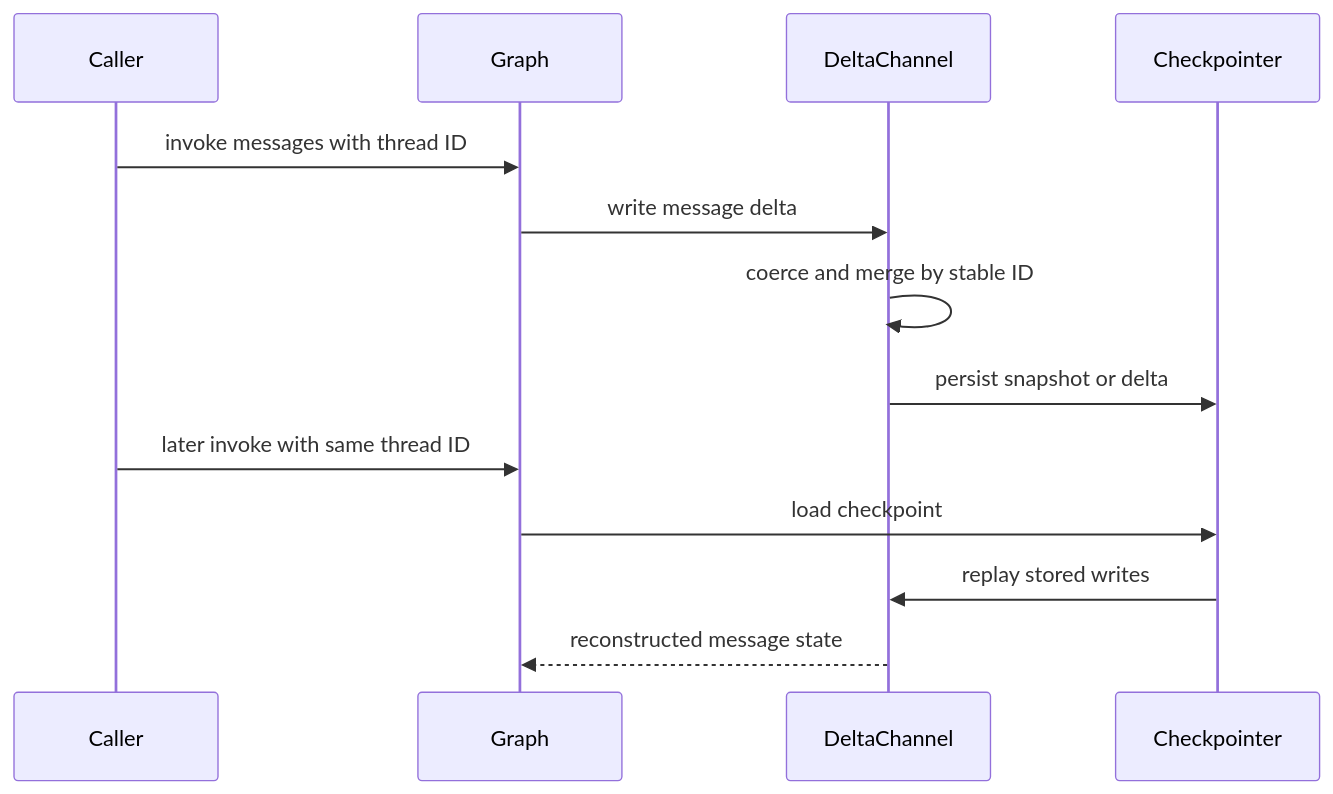
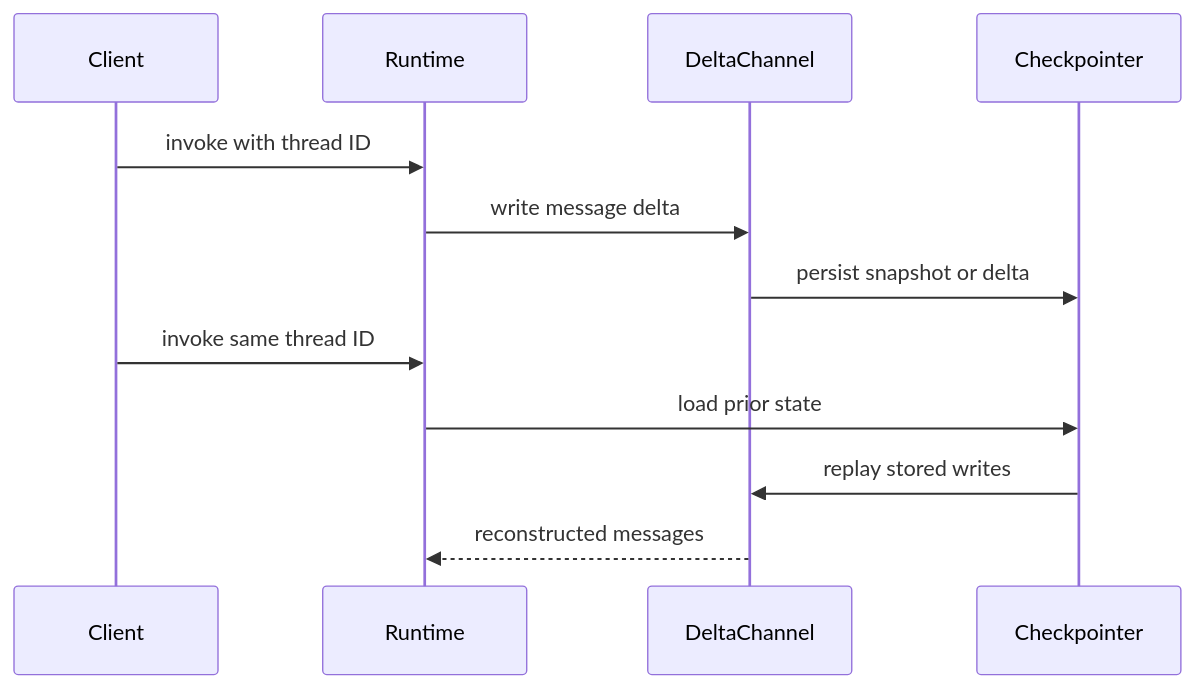
One commit to langchain-ai/deepagents changed the second of 2 diagrams in openwiki/architecture/runtime-behavior.md. Above: the diagram before and after it, drawn with Mermaid. The commit also changed other lines of this file and 35 other files, not shown here.

````diff
--- a/openwiki/architecture/runtime-behavior.md
+++ b/openwiki/architecture/runtime-behavior.md
@@ -83,15 +69,14 @@
 ```mermaid
 sequenceDiagram
-    participant Caller
-    participant Graph
-    participant Channel as DeltaChannel
+    participant Client
+    participant Runtime
+    participant Delta as DeltaChannel
     participant Saver as Checkpointer
-    Caller->>Graph: invoke messages with thread ID
-    Graph->>Channel: write message delta
-    Channel->>Channel: coerce and merge by stable ID
-    Channel->>Saver: persist snapshot or delta
-    Caller->>Graph: later invoke with same thread ID
-    Graph->>Saver: load checkpoint
-    Saver->>Channel: replay stored writes
-    Channel-->>Graph: reconstructed message state
+    Client->>Runtime: invoke with thread ID
+    Runtime->>Delta: write message delta
+    Delta->>Saver: persist snapshot or delta
+    Client->>Runtime: invoke same thread ID
+    Runtime->>Saver: load prior state
+    Saver->>Delta: replay stored writes
+    Delta-->>Runtime: reconstructed messages
 ```
````
